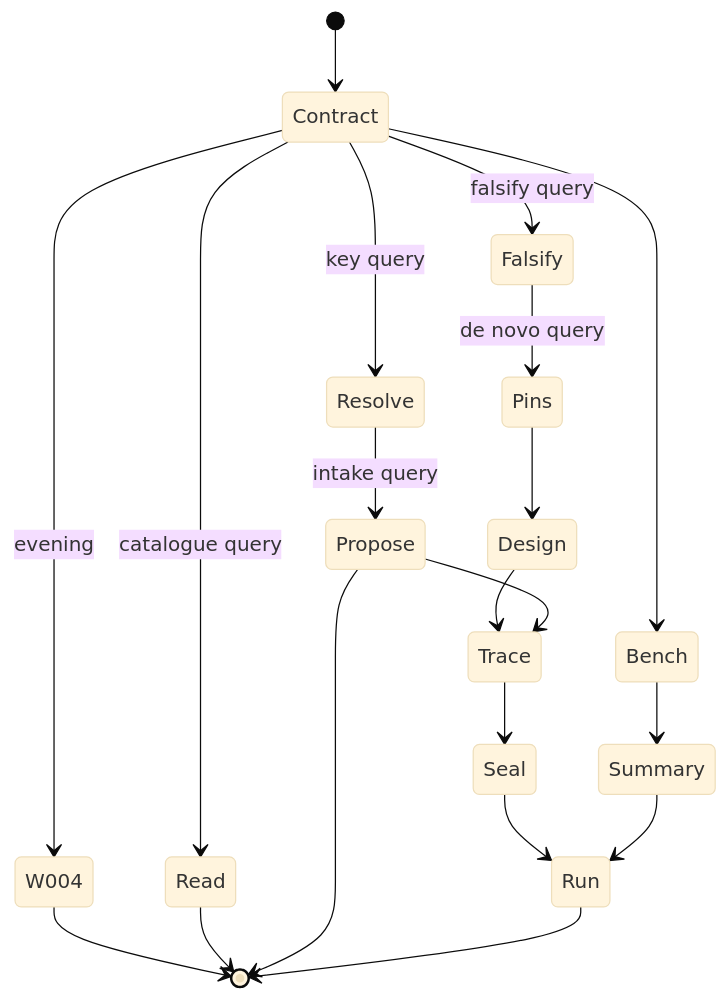
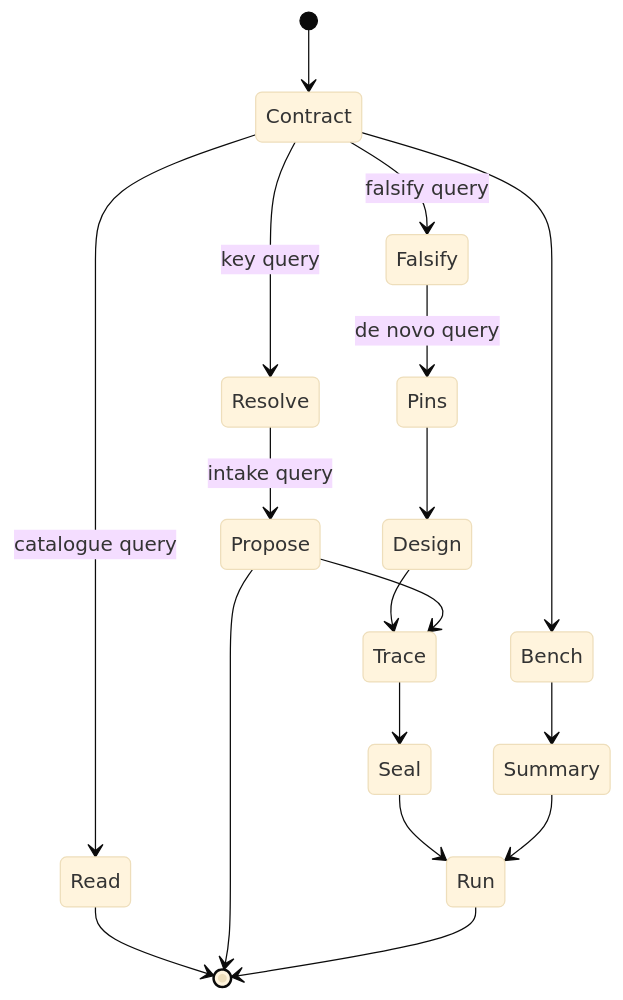
The first of 2 diagrams in docs/read-repository.md (wetware-hq/catalog), drawn with Mermaid (base theme) before and after one commit. The commit also changed other lines of this file and 5 other files, not shown here.

````diff
--- a/docs/read-repository.md
+++ b/docs/read-repository.md
@@ -87,22 +86,20 @@
 ```mermaid { type: notebook.cell }
 stateDiagram-v2
     [*] --> Contract
     Contract --> Read: catalogue query
     Contract --> Resolve: key query
     Resolve --> Propose: intake query
     Contract --> Falsify: falsify query
     Falsify --> Pins: de novo query
     Pins --> Design
     Design --> Trace
     Propose --> Trace
     Contract --> Bench
-    Contract --> W004: evening
-    W004 --> [*]
     Trace --> Seal
     Seal --> Run
     Bench --> Summary
     Summary --> Run
     Read --> [*]
     Propose --> [*]
     Run --> [*]
 ```
````
